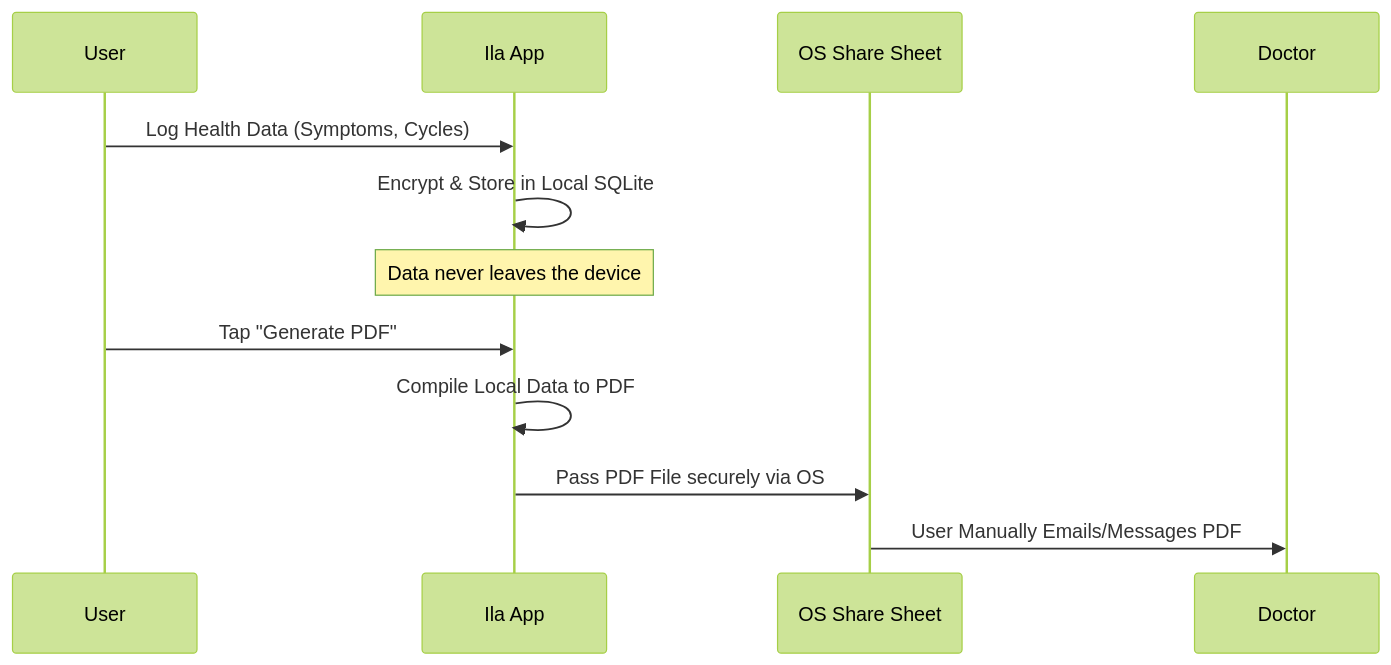
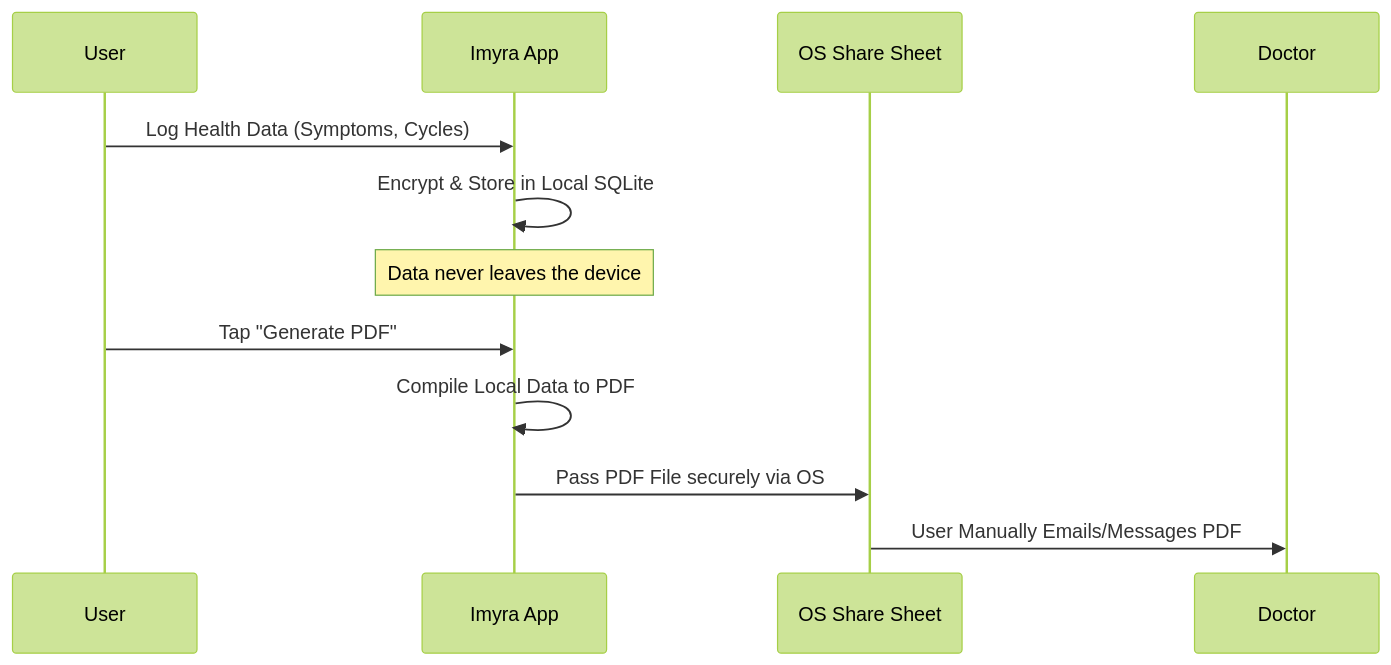
The diagram in docs/STORE_SUBMISSION_GUIDE.md (Susmita-Dey/ila_app), drawn with Mermaid (forest theme) before and after one commit. The commit also changed other lines of this file and 54 other files, not shown here.

Commit message:
feat: implement full-stack application architecture with Drift database, routine management, integration tests, and core services.

````diff
--- a/docs/STORE_SUBMISSION_GUIDE.md
+++ b/docs/STORE_SUBMISSION_GUIDE.md
@@ -6,15 +6,15 @@
 ```mermaid
 sequenceDiagram
     participant User
-    participant Ila App
+    participant Imyra App
     participant OS Share Sheet
     participant Doctor
     
-    User->>Ila App: Log Health Data (Symptoms, Cycles)
-    Ila App->>Ila App: Encrypt & Store in Local SQLite
-    Note over Ila App: Data never leaves the device
-    User->>Ila App: Tap "Generate PDF"
-    Ila App->>Ila App: Compile Local Data to PDF
-    Ila App->>OS Share Sheet: Pass PDF File securely via OS
+    User->>Imyra App: Log Health Data (Symptoms, Cycles)
+    Imyra App->>Imyra App: Encrypt & Store in Local SQLite
+    Note over Imyra App: Data never leaves the device
+    User->>Imyra App: Tap "Generate PDF"
+    Imyra App->>Imyra App: Compile Local Data to PDF
+    Imyra App->>OS Share Sheet: Pass PDF File securely via OS
     OS Share Sheet->>Doctor: User Manually Emails/Messages PDF
 ```
````
